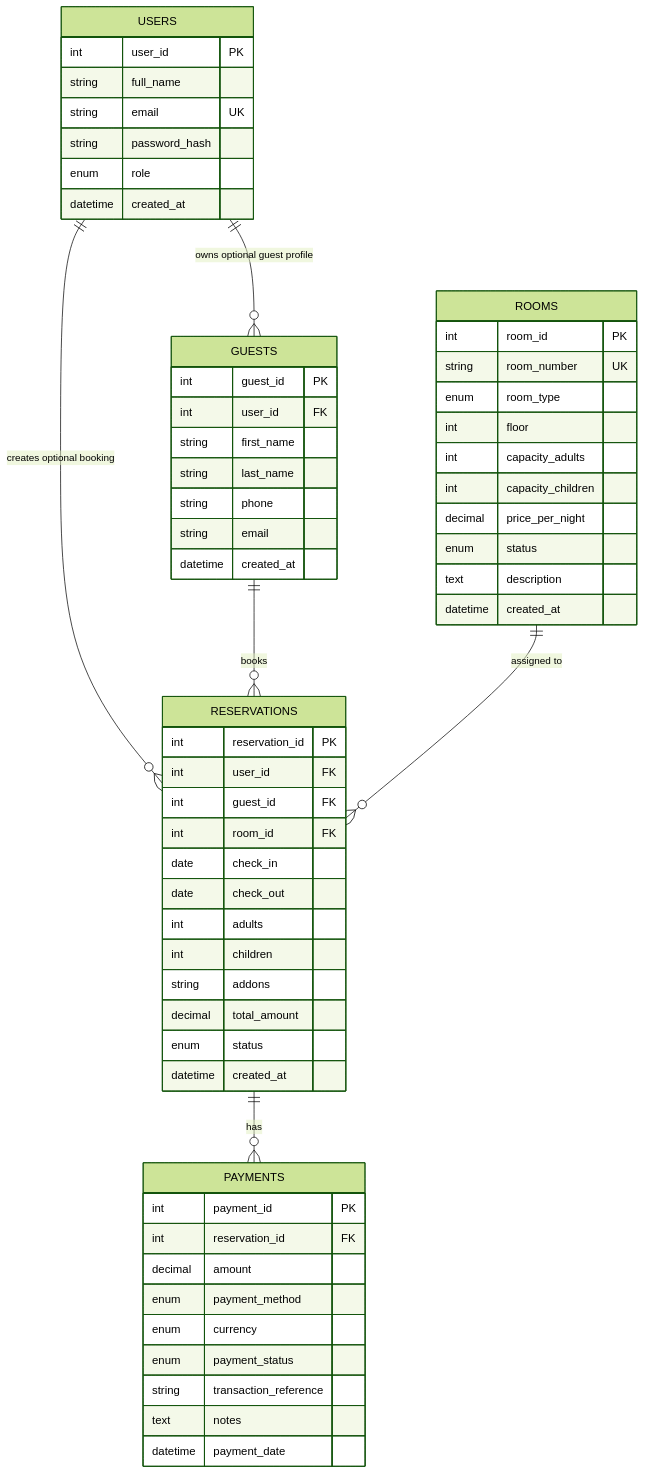
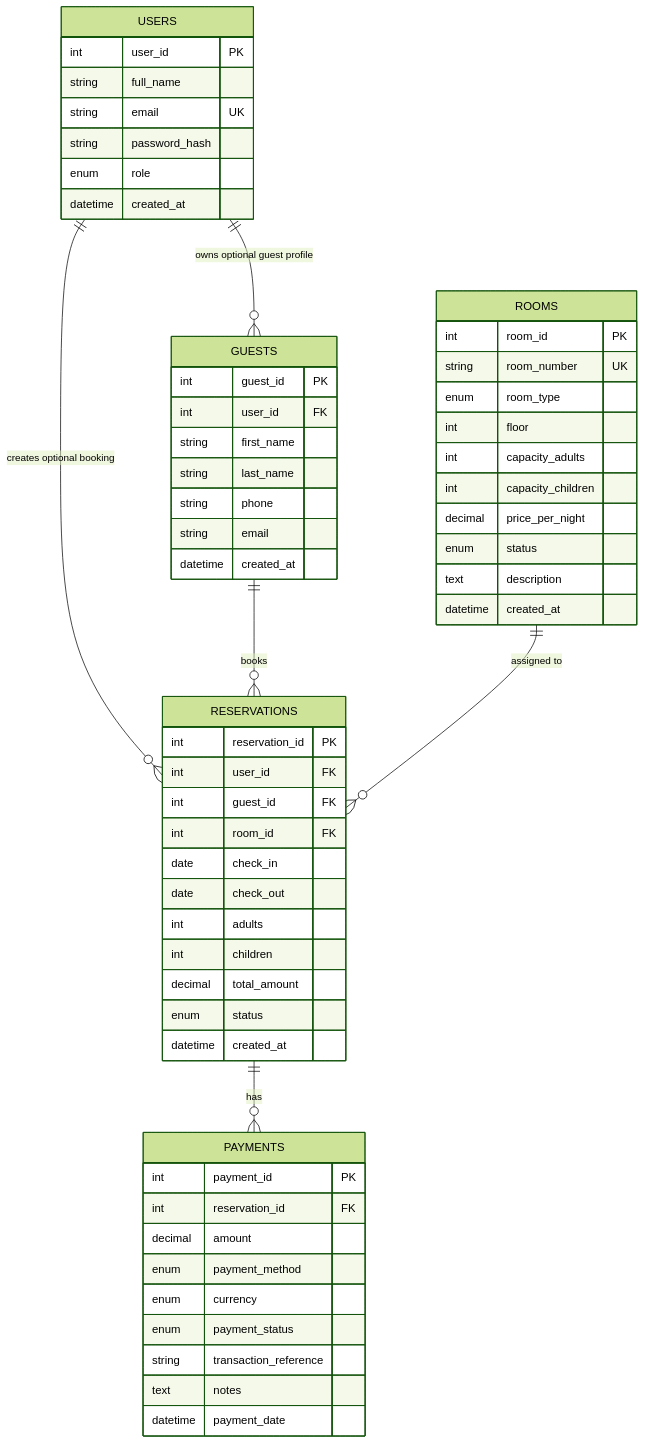
The diagram in docs/database-erd.md (WizardOfXerox/Emperor-Hotel), drawn with Mermaid (forest theme) before and after one commit. The commit also changed other lines of this file and 55 other files, not shown here.

Commit message:
Simplify hotel reservation flow

````diff
--- a/docs/database-erd.md
+++ b/docs/database-erd.md
@@ -12,67 +16,66 @@
 ```mermaid
 erDiagram
     USERS ||--o{ GUESTS : "owns optional guest profile"
     USERS ||--o{ RESERVATIONS : "creates optional booking"
     GUESTS ||--o{ RESERVATIONS : "books"
     ROOMS ||--o{ RESERVATIONS : "assigned to"
     RESERVATIONS ||--o{ PAYMENTS : "has"
 
     USERS {
         int user_id PK
         string full_name
         string email UK
         string password_hash
         enum role
         datetime created_at
     }
 
     GUESTS {
         int guest_id PK
         int user_id FK
         string first_name
         string last_name
         string phone
         string email
         datetime created_at
     }
 
     ROOMS {
         int room_id PK
         string room_number UK
         enum room_type
         int floor
         int capacity_adults
         int capacity_children
         decimal price_per_night
         enum status
         text description
         datetime created_at
     }
 
     RESERVATIONS {
         int reservation_id PK
         int user_id FK
         int guest_id FK
         int room_id FK
         date check_in
         date check_out
         int adults
         int children
-        string addons
         decimal total_amount
         enum status
         datetime created_at
     }
 
     PAYMENTS {
         int payment_id PK
         int reservation_id FK
         decimal amount
         enum payment_method
         enum currency
         enum payment_status
         string transaction_reference
         text notes
         datetime payment_date
     }
 ```
````
